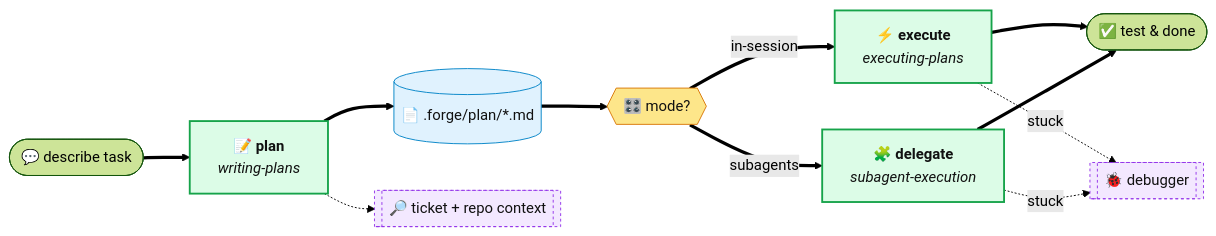
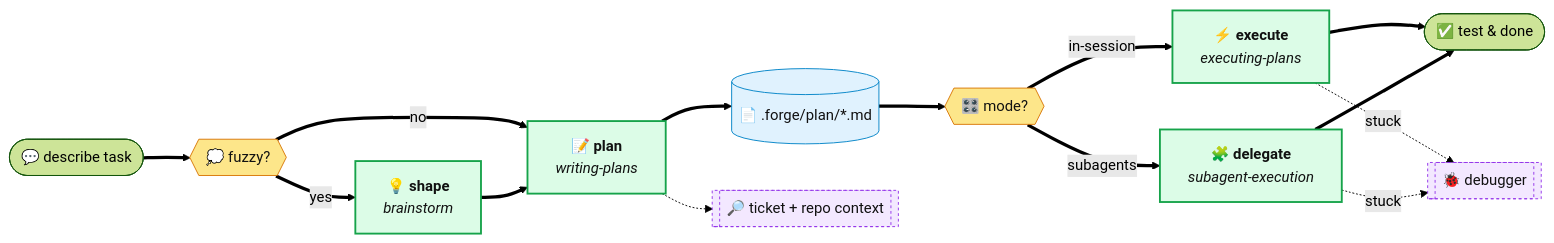
The diagram in README.md (anthonyespirat/forge), drawn with Mermaid (forest theme) before and after one commit. The commit also changed other lines of this file and 8 other files, not shown here.

Commit message:
Add brainstorm pre-plan skill

````diff
--- a/README.md
+++ b/README.md
@@ -28,24 +28,27 @@
 ```mermaid
 flowchart LR
-    User([💬 describe task]) ==> Plan[📝 <b>plan</b><br/><i>writing-plans</i>]
+    User([💬 describe task]) ==> Shape{{💭 fuzzy?}}
+    Shape ==>|yes| Brainstorm[💡 <b>shape</b><br/><i>brainstorm</i>]
+    Shape ==>|no| Plan[📝 <b>plan</b><br/><i>writing-plans</i>]
+    Brainstorm ==> Plan
     Plan ==> File[(📄 .forge/plan/*.md)]
     File ==> Mode{{🎛️ mode?}}
     Mode ==>|in-session| Exec[⚡ <b>execute</b><br/><i>executing-plans</i>]
     Mode ==>|subagents| Sub[🧩 <b>delegate</b><br/><i>subagent-execution</i>]
     Exec ==> Done([✅ test &amp; done])
     Sub ==> Done
 
     Plan -.-> Ctx[[🔎 ticket + repo context]]
     Exec -.stuck.-> Dbg[[🐞 debugger]]
     Sub -.stuck.-> Dbg
 
     classDef main fill:#dcfce7,stroke:#16a34a,stroke-width:2px,color:#111
     classDef side fill:#f3e8ff,stroke:#9333ea,stroke-dasharray:3 3,color:#111
     classDef pick fill:#fde68a,stroke:#d97706,color:#111
     classDef file fill:#e0f2fe,stroke:#0284c7,color:#111
 
-    class Plan,Exec,Sub main
+    class Brainstorm,Plan,Exec,Sub main
     class Ctx,Dbg side
-    class Mode pick
+    class Shape,Mode pick
     class File file
 ```
````
